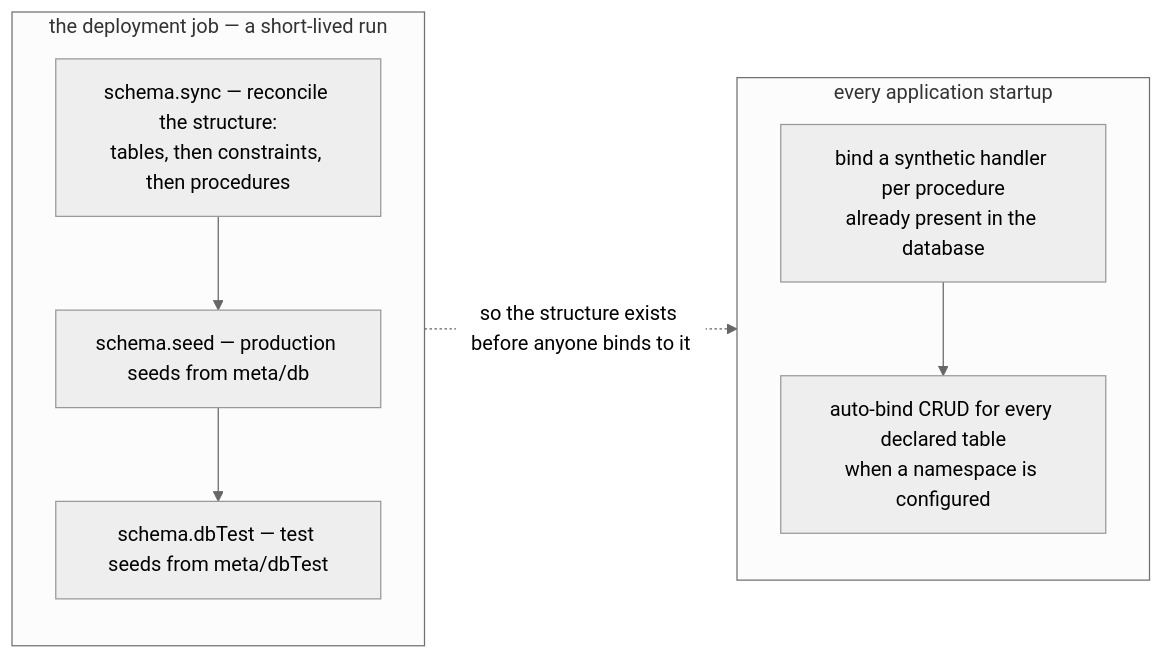
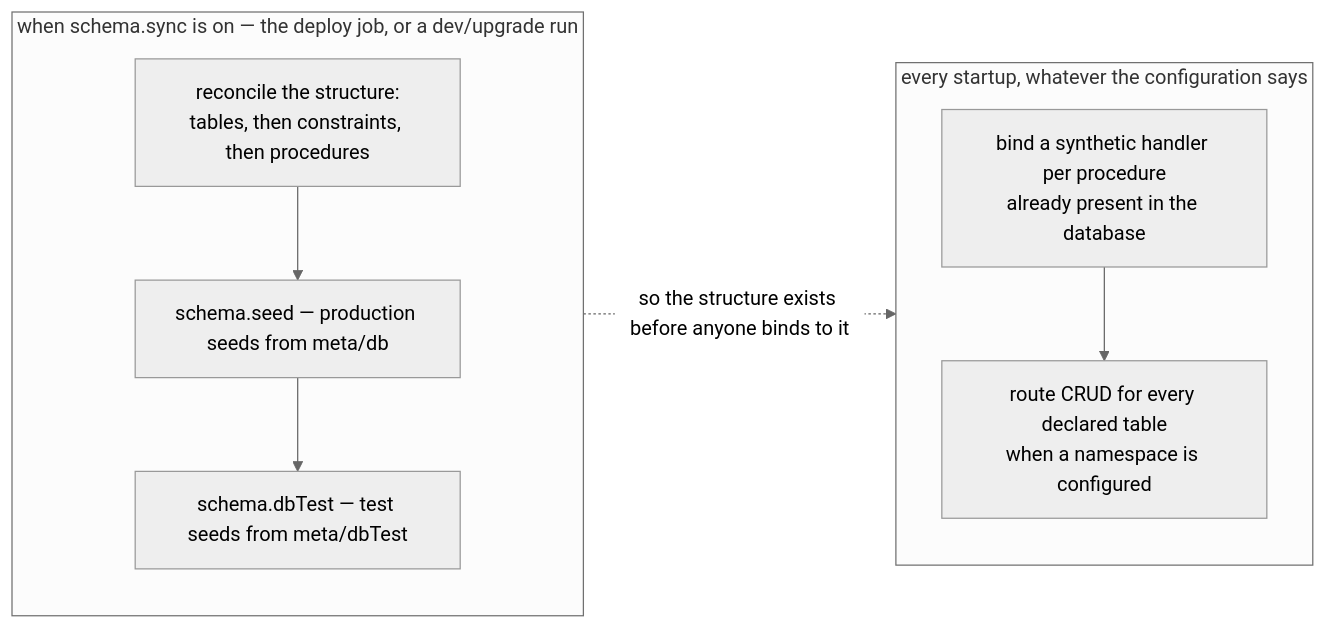
One commit to feasibleone/blong changed the diagram in docs/blong/docs/concepts/schema-sync.md. Above: the diagram before and after it, drawn with Mermaid (neutral theme). The commit also changed other lines of this file and 122 other files, not shown here.

````diff
--- a/docs/blong/docs/concepts/schema-sync.md
+++ b/docs/blong/docs/concepts/schema-sync.md
@@ -9,17 +13,17 @@
 ```mermaid
 flowchart LR
-    subgraph Deploy["the deployment job — a short-lived run"]
+    subgraph Sync["when schema.sync is on — the deploy job, or a dev/upgrade run"]
         direction TB
-        D1["schema.sync — reconcile the structure:<br/>tables, then constraints, then procedures"]
+        D1["reconcile the structure:<br/>tables, then constraints, then procedures"]
         D2["schema.seed — production seeds from meta/db"]
         D3["schema.dbTest — test seeds from meta/dbTest"]
         D1 --> D2 --> D3
     end
-    subgraph Every["every application startup"]
+    subgraph Every["every startup, whatever the configuration says"]
         direction TB
         E1["bind a synthetic handler per procedure<br/>already present in the database"]
-        E2["auto-bind CRUD for every declared table<br/>when a namespace is configured"]
+        E2["route CRUD for every declared table<br/>when a namespace is configured"]
         E1 --> E2
     end
-    Deploy -. "so the structure exists before anyone binds to it" .-> Every
+    Sync -. "so the structure exists before anyone binds to it" .-> Every
 ```
````
